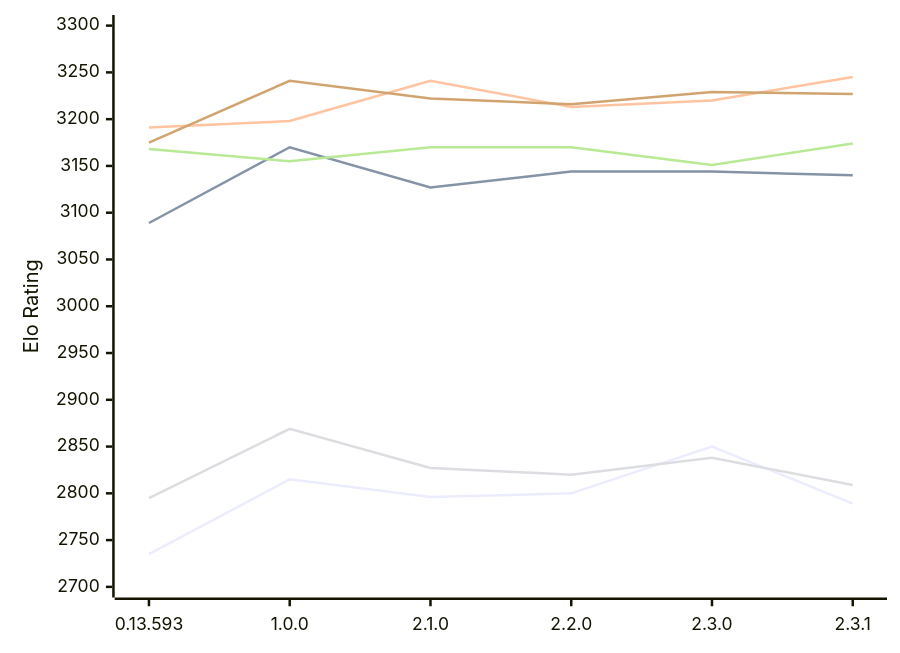
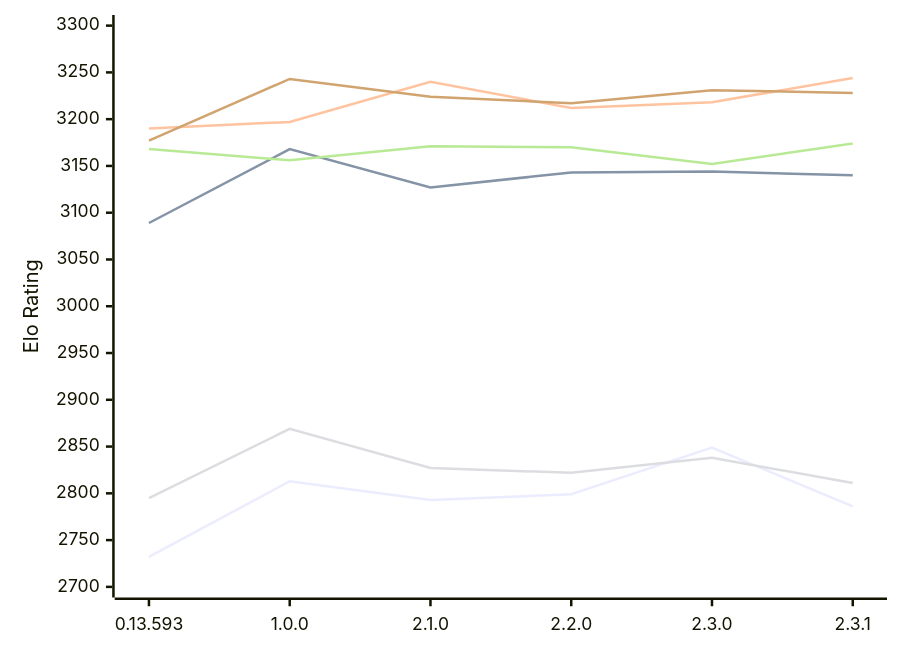
The diagram in engines/Pawnstar.md (computer-chess-index/cci), drawn with Mermaid before and after one commit. The commit also changed other lines of this file, not shown here.

Commit message:
Update CCI Ratings (ELO VLTC) - 2026-11-28

````diff
--- a/engines/Pawnstar.md
+++ b/engines/Pawnstar.md
@@ -57,12 +57,12 @@
 ```mermaid
 %%{init: {"theme":"base","themeVariables":{"seriesColors:['#a3a3a3','#222221','#faa371']}}}%%
 xychart-beta
   x-axis ["0.13.593", "1.0.0", "2.1.0", "2.2.0", "2.3.0", "2.3.1"]
   y-axis "Elo Rating" 2700 --> 3300
-  line "E1: STC (8.0+0.08s)" [2735, 2815, 2796, 2800, 2850, 2789]
-  line "E1: LTC (60.0+0.60s)" [3089, 3170, 3127, 3144, 3144, 3140]
-  line "E1: VLTC (2m24s+1.12s)" [3191, 3198, 3241, 3213, 3220, 3245]
-  line "P1: STC (8.0+0.08s)" [2795, 2869, 2827, 2820, 2838, 2809]
-  line "P1: LTC (60.0+0.60s)" [3168, 3155, 3170, 3170, 3151, 3174]
-  line "P1: VLTC (2m24s+1.12s)" [3175, 3241, 3222, 3216, 3229, 3227]
+  line "E1: STC (8.0+0.08s)" [2732, 2813, 2793, 2799, 2849, 2786]
+  line "E1: LTC (60.0+0.60s)" [3089, 3168, 3127, 3143, 3144, 3140]
+  line "E1: VLTC (2m24s+1.12s)" [3190, 3197, 3240, 3212, 3218, 3244]
+  line "P1: STC (8.0+0.08s)" [2795, 2869, 2827, 2822, 2838, 2811]
+  line "P1: LTC (60.0+0.60s)" [3168, 3156, 3171, 3170, 3152, 3174]
+  line "P1: VLTC (2m24s+1.12s)" [3177, 3243, 3224, 3217, 3231, 3228]
 ```
````
